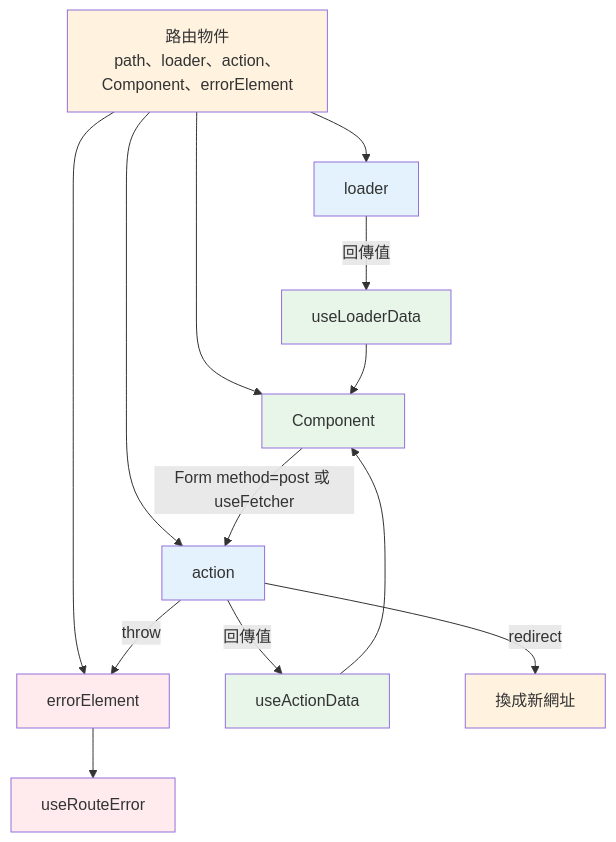
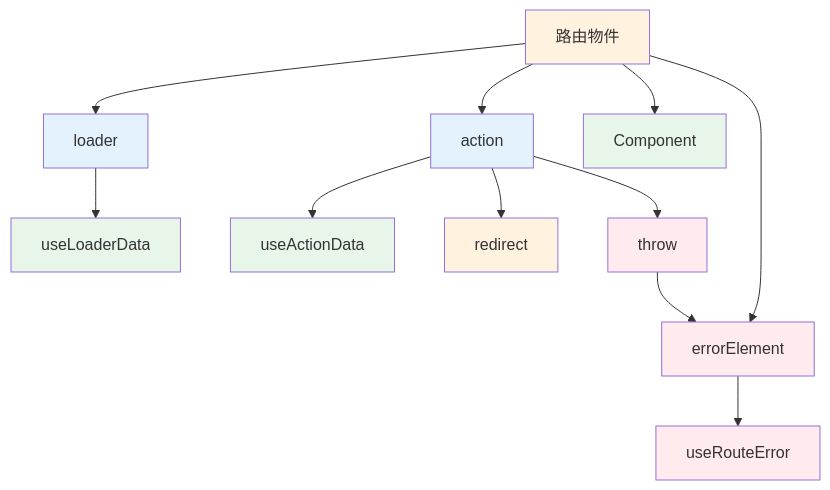
One commit to summer10920/summer10920.github.io changed the ninth of 17 diagrams in source/_posts/lokiTech-15day-11-react-router.md. Above: the diagram before and after it, drawn with Mermaid. The commit also changed other lines of this file and 1 other file, not shown here.

First line of the commit message:
docs(lecture): 修正 11 Router 教學順序、diff 與 mermaid

```diff
--- a/source/_posts/lokiTech-15day-11-react-router.md
+++ b/source/_posts/lokiTech-15day-11-react-router.md
@@ -1508,28 +1377,23 @@
 {% mermaid graph TD %}
-  route["路由物件<br/>path、loader、action、Component、errorElement"]
-  loader["loader"]
-  action["action"]
-  comp["Component"]
-  err["errorElement"]
-  route --> loader
-  route --> action
-  route --> comp
-  route --> err
-  loader -->|"回傳值"| dataHook["useLoaderData"]
-  dataHook --> comp
-  comp -->|"Form method=post 或 useFetcher"| action
-  action -->|"回傳值"| actionHook["useActionData"]
-  actionHook --> comp
-  action -->|"redirect"| newUrl["換成新網址"]
-  action -->|"throw"| err
+  route["路由物件"]
+  route --> loader["loader"]
+  route --> action["action"]
+  route --> comp["Component"]
+  route --> err["errorElement"]
+  loader --> dataHook["useLoaderData"]
+  action --> actionHook["useActionData"]
+  action --> newUrl["redirect"]
+  action --> throwNode["throw"]
+  throwNode --> err
   err --> errHook["useRouteError"]
   style route fill:#fff3e0
   style loader fill:#e3f2fd
   style action fill:#e3f2fd
   style comp fill:#e8f5e9
   style err fill:#ffebee
   style dataHook fill:#e8f5e9
   style actionHook fill:#e8f5e9
   style newUrl fill:#fff3e0
+  style throwNode fill:#ffebee
   style errHook fill:#ffebee
 {% endmermaid %}
```
